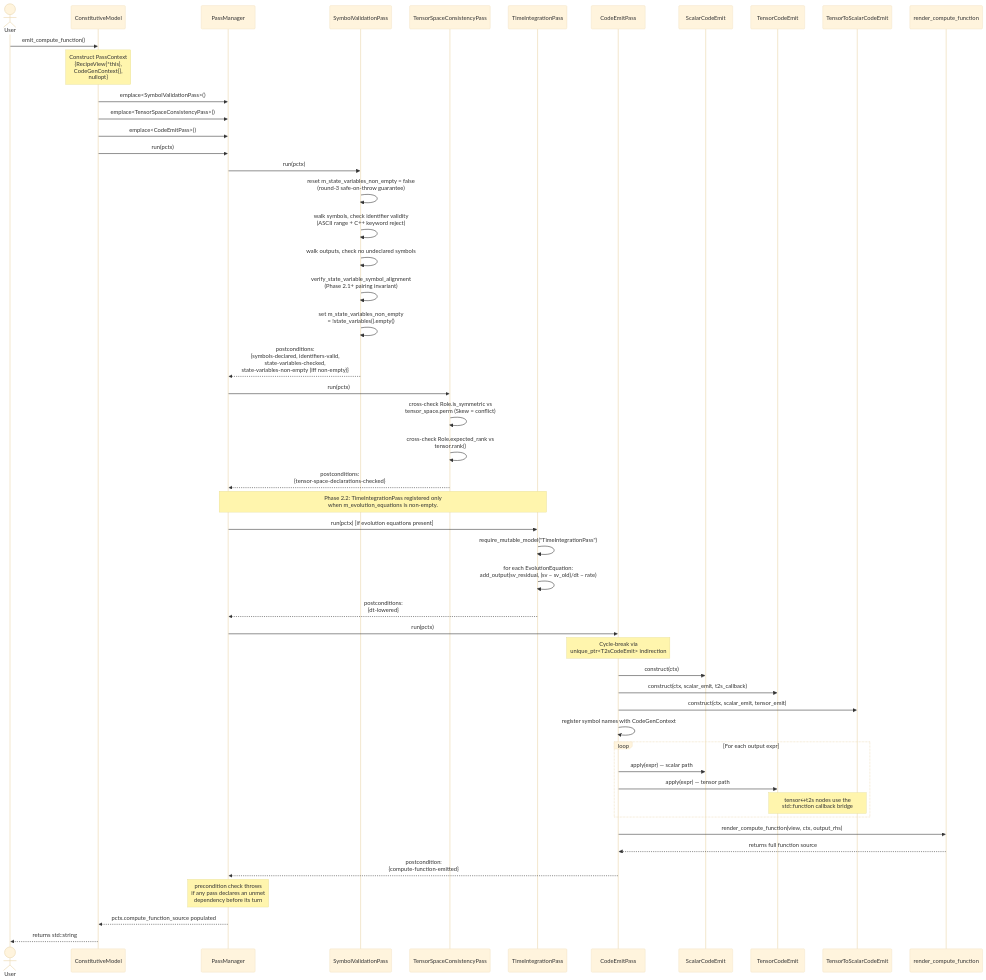
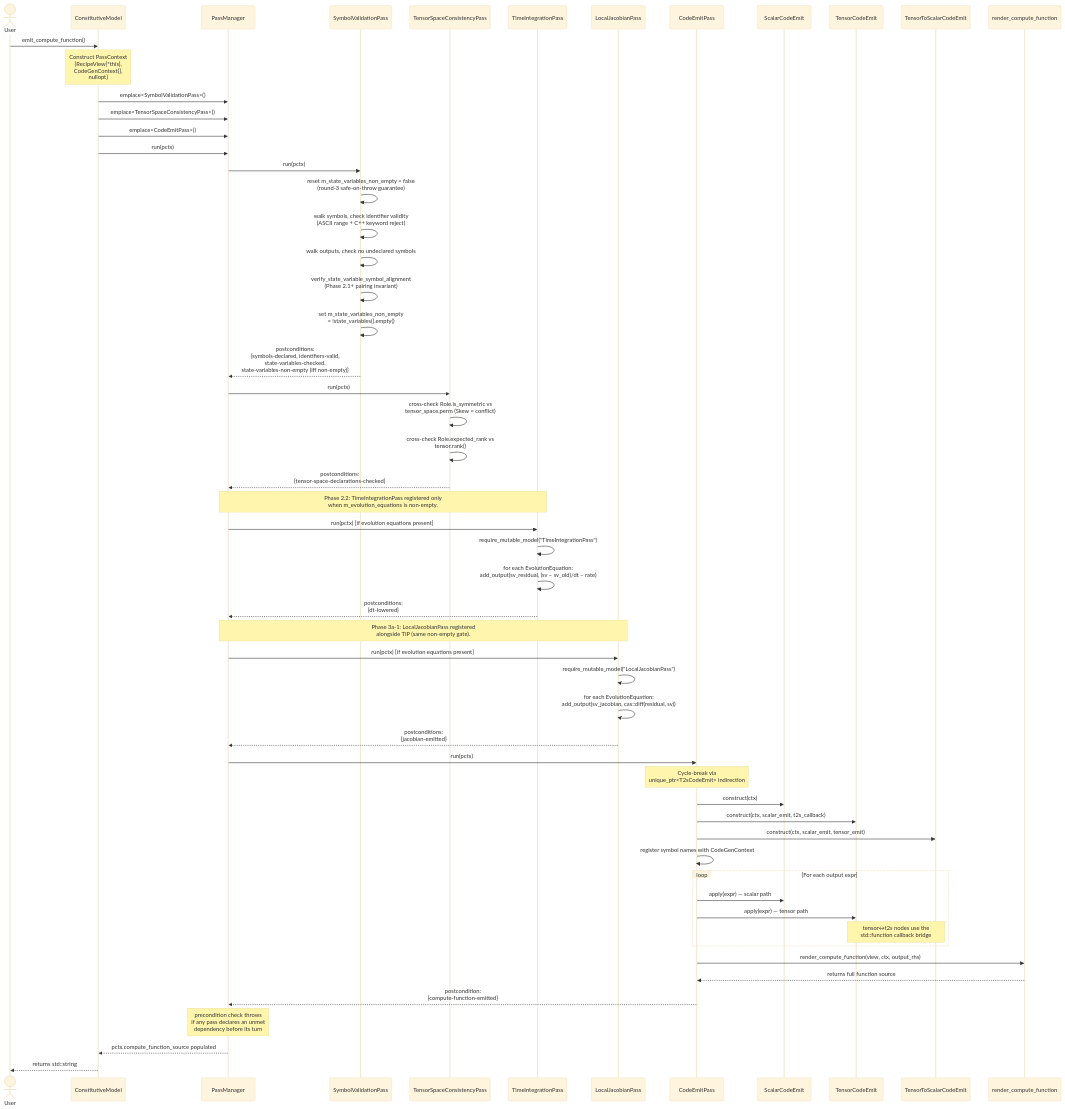
The second of 3 diagrams in docs/workflow.md (NumSim-Stack/numsim-codegen), drawn with Mermaid (base theme) before and after one commit. The commit also changed other lines of this file and 5 other files, not shown here.

Commit message:
Phase 3a-1: LocalJacobianPass — symbolic Jacobian via cas::diff (#70)

````diff
--- a/docs/workflow.md
+++ b/docs/workflow.md
@@ -46,59 +46,66 @@
 ```mermaid
 sequenceDiagram
     actor User
     participant Model as ConstitutiveModel
     participant PM as PassManager
     participant SVP as SymbolValidationPass
     participant TSP as TensorSpaceConsistencyPass
     participant TIP as TimeIntegrationPass
+    participant LJP as LocalJacobianPass
     participant CEP as CodeEmitPass
     participant SE as ScalarCodeEmit
     participant TE as TensorCodeEmit
     participant T2S as TensorToScalarCodeEmit
     participant Render as render_compute_function
 
     User->>Model: emit_compute_function()
     Note over Model: Construct PassContext<br/>{RecipeView{*this},<br/> CodeGenContext{},<br/> nullopt}
     Model->>PM: emplace<SymbolValidationPass>()
     Model->>PM: emplace<TensorSpaceConsistencyPass>()
     Model->>PM: emplace<CodeEmitPass>()
     Model->>PM: run(pctx)
 
     PM->>SVP: run(pctx)
     SVP->>SVP: reset m_state_variables_non_empty = false<br/>(round-3 safe-on-throw guarantee)
     SVP->>SVP: walk symbols, check identifier validity<br/>(ASCII range + C++ keyword reject)
     SVP->>SVP: walk outputs, check no undeclared symbols
     SVP->>SVP: verify_state_variable_symbol_alignment<br/>(Phase 2.1+ pairing invariant)
     SVP->>SVP: set m_state_variables_non_empty<br/>= !state_variables().empty()
     SVP-->>PM: postconditions:<br/>{symbols-declared, identifiers-valid,<br/>state-variables-checked,<br/>state-variables-non-empty (iff non-empty)}
 
     PM->>TSP: run(pctx)
     TSP->>TSP: cross-check Role.is_symmetric vs<br/>tensor_space.perm (Skew = conflict)
     TSP->>TSP: cross-check Role.expected_rank vs<br/>tensor.rank()
     TSP-->>PM: postconditions:<br/>{tensor-space-declarations-checked}
 
     Note over PM,TIP: Phase 2.2: TimeIntegrationPass registered only<br/>when m_evolution_equations is non-empty.
     PM->>TIP: run(pctx) [if evolution equations present]
     TIP->>TIP: require_mutable_model("TimeIntegrationPass")
     TIP->>TIP: for each EvolutionEquation:<br/>add_output(sv_residual, (sv − sv_old)/dt − rate)
     TIP-->>PM: postconditions:<br/>{dt-lowered}
 
+    Note over PM,LJP: Phase 3a-1: LocalJacobianPass registered<br/>alongside TIP (same non-empty gate).
+    PM->>LJP: run(pctx) [if evolution equations present]
+    LJP->>LJP: require_mutable_model("LocalJacobianPass")
+    LJP->>LJP: for each EvolutionEquation:<br/>add_output(sv_jacobian, cas::diff(residual, sv))
+    LJP-->>PM: postconditions:<br/>{jacobian-emitted}
+
     PM->>CEP: run(pctx)
     Note over CEP: Cycle-break via<br/>unique_ptr<T2sCodeEmit> indirection
     CEP->>SE: construct(ctx)
     CEP->>TE: construct(ctx, scalar_emit, t2s_callback)
     CEP->>T2S: construct(ctx, scalar_emit, tensor_emit)
     CEP->>CEP: register symbol names with CodeGenContext
     loop For each output expr
         CEP->>SE: apply(expr) — scalar path
         CEP->>TE: apply(expr) — tensor path
         Note over TE,T2S: tensor↔t2s nodes use the<br/>std::function callback bridge
     end
     CEP->>Render: render_compute_function(view, ctx, output_rhs)
     Render-->>CEP: returns full function source
     CEP-->>PM: postcondition:<br/>{compute-function-emitted}
     Note over PM: precondition check throws<br/>if any pass declares an unmet<br/>dependency before its turn
 
     PM-->>Model: pctx.compute_function_source populated
     Model-->>User: returns std::string
 ```
````
